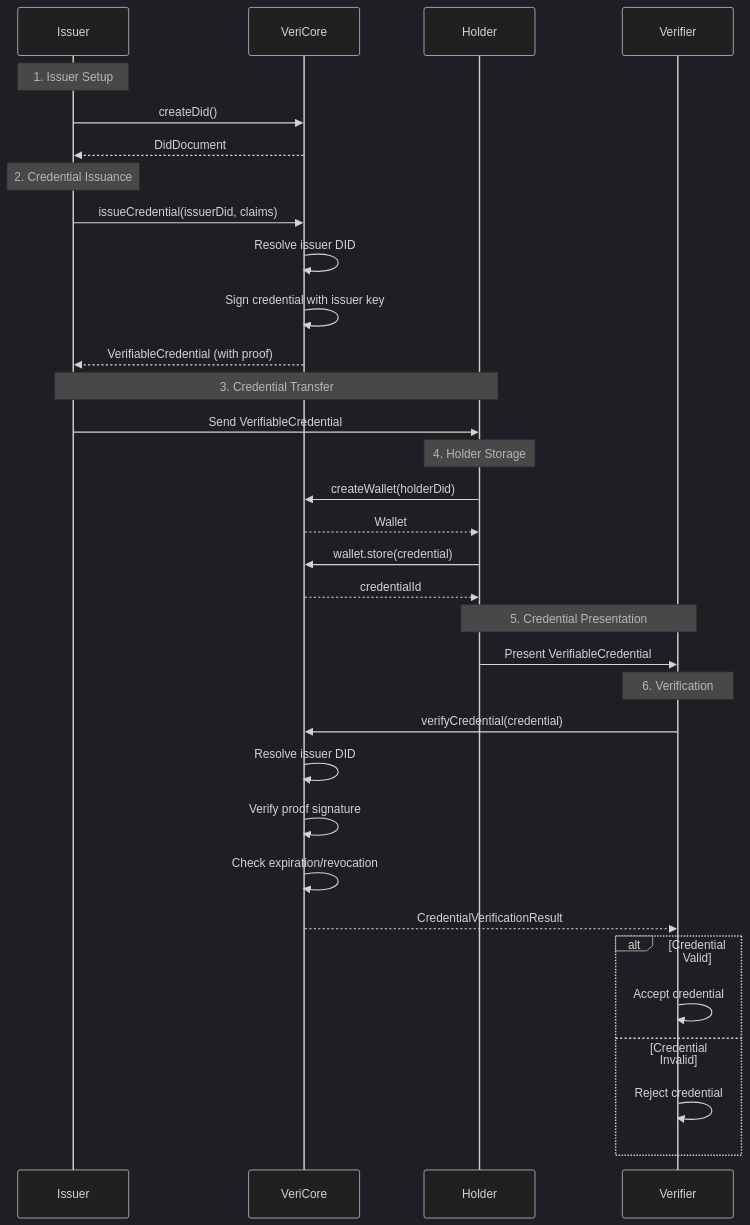
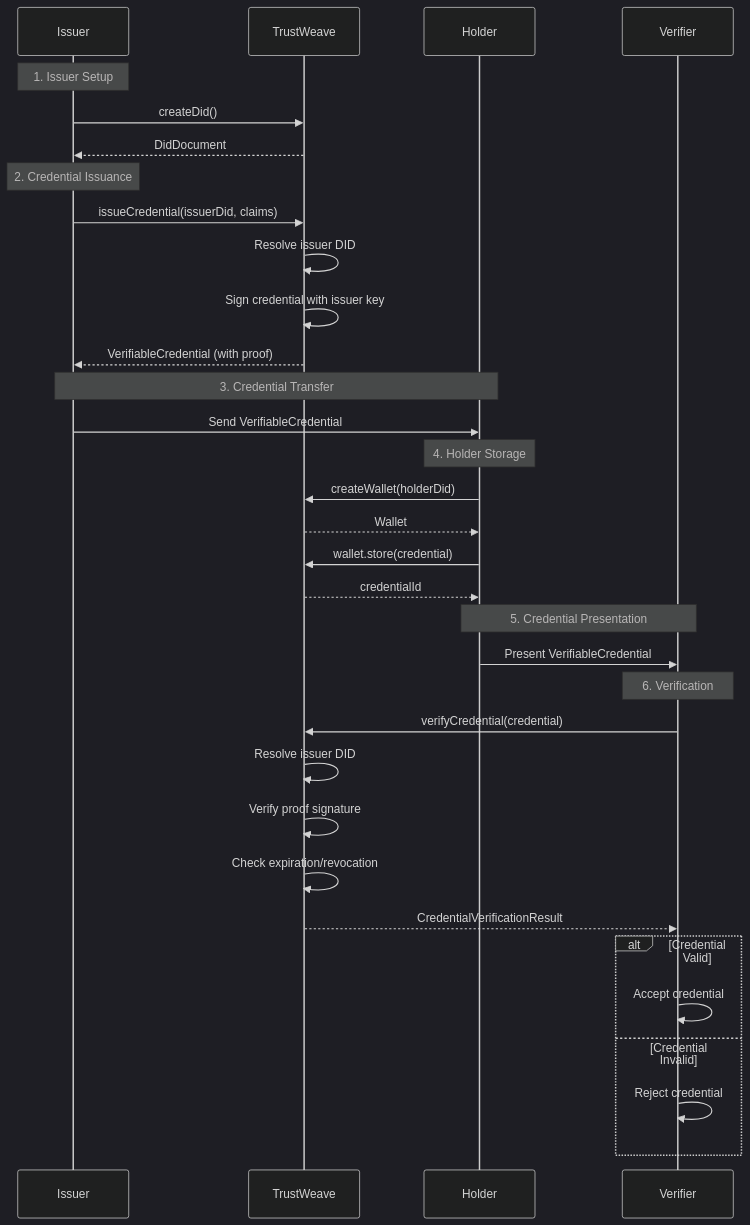
One commit to geoknoesis/trustweave changed the diagram in docs/getting-started/common-patterns.md. Above: the diagram before and after it, drawn with Mermaid (dark theme). The commit also changed other lines of this file and 1565 other files, not shown here.

````diff
--- a/docs/getting-started/common-patterns.md
+++ b/docs/getting-started/common-patterns.md
@@ -165,42 +159,42 @@
 ```mermaid
 sequenceDiagram
     participant I as Issuer
-    participant VC as VeriCore
+    participant VC as TrustWeave
     participant H as Holder
     participant V as Verifier
     
     Note over I: 1. Issuer Setup
     I->>VC: createDid()
     VC-->>I: DidDocument
     
     Note over I: 2. Credential Issuance
     I->>VC: issueCredential(issuerDid, claims)
     VC->>VC: Resolve issuer DID
     VC->>VC: Sign credential with issuer key
     VC-->>I: VerifiableCredential (with proof)
     
     Note over I,H: 3. Credential Transfer
     I->>H: Send VerifiableCredential
     
     Note over H: 4. Holder Storage
     H->>VC: createWallet(holderDid)
     VC-->>H: Wallet
     H->>VC: wallet.store(credential)
     VC-->>H: credentialId
     
     Note over H,V: 5. Credential Presentation
     H->>V: Present VerifiableCredential
     
     Note over V: 6. Verification
     V->>VC: verifyCredential(credential)
     VC->>VC: Resolve issuer DID
     VC->>VC: Verify proof signature
     VC->>VC: Check expiration/revocation
     VC-->>V: CredentialVerificationResult
     
     alt Credential Valid
         V->>V: Accept credential
     else Credential Invalid
         V->>V: Reject credential
     end
 ```
````
